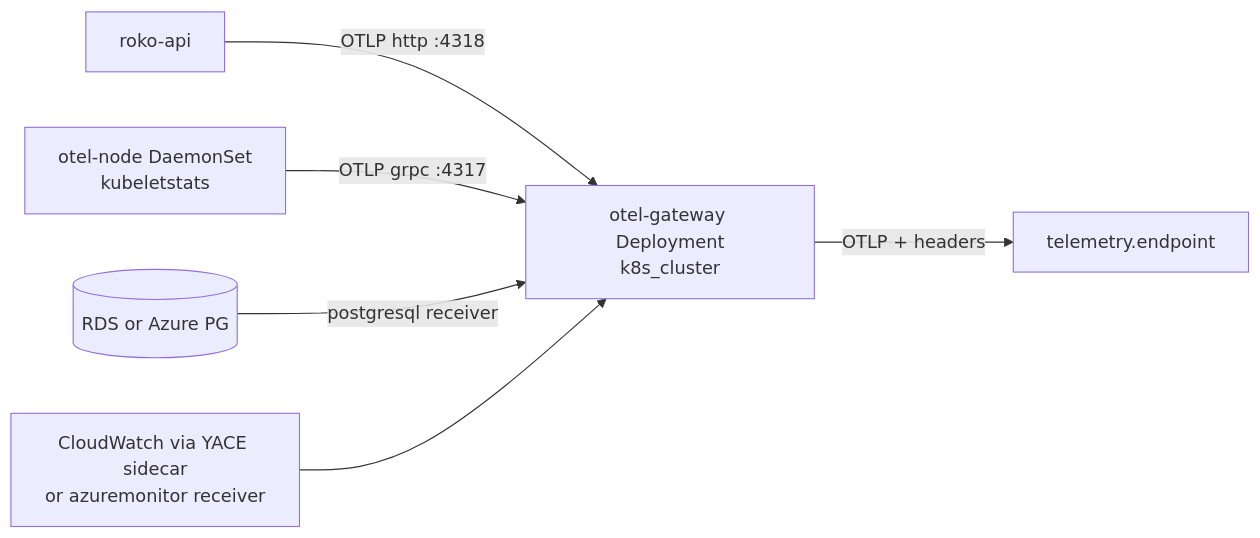
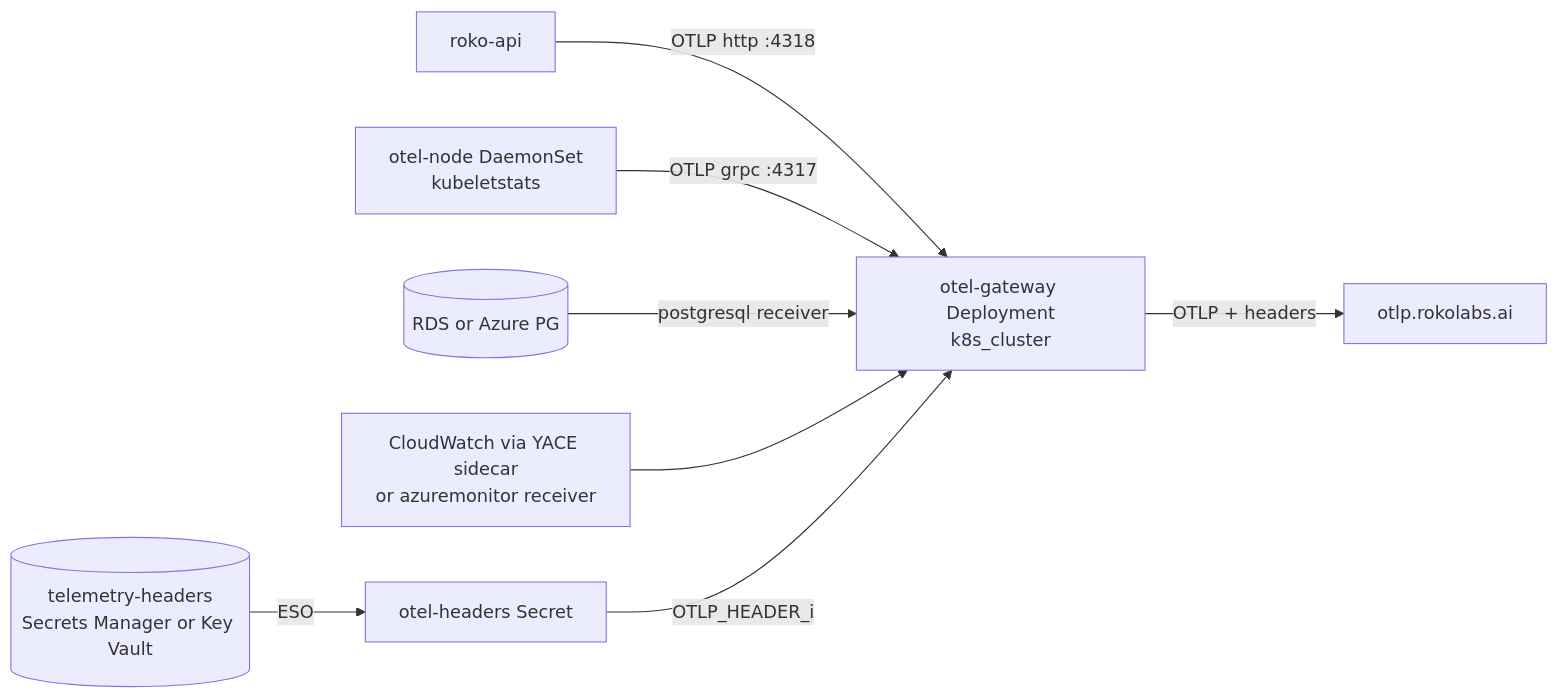
The second of 2 diagrams in platform/deploy/tf/README.md (ROKOLabs/platform-ops), drawn with Mermaid before and after one commit. The commit also changed other lines of this file and 13 other files, not shown here.

First line of the commit message:
Read telemetry export headers from the cloud secret store

````diff
--- a/platform/deploy/tf/README.md
+++ b/platform/deploy/tf/README.md
@@ -224,8 +226,10 @@
 ```mermaid
 flowchart LR
     api[roko-api] -- OTLP http :4318 --> gw
     ds[otel-node DaemonSet<br/>kubeletstats] -- OTLP grpc :4317 --> gw
     db[(RDS or Azure PG)] -- postgresql receiver --> gw
     host[CloudWatch via YACE sidecar<br/>or azuremonitor receiver] --> gw
-    gw[otel-gateway Deployment<br/>k8s_cluster] -- OTLP + headers --> ep[telemetry.endpoint]
+    store[(telemetry-headers<br/>Secrets Manager or Key Vault)] -- ESO --> sec[otel-headers Secret]
+    sec -- OTLP_HEADER_i --> gw
+    gw[otel-gateway Deployment<br/>k8s_cluster] -- OTLP + headers --> ep[otlp.rokolabs.ai]
 ```
````
